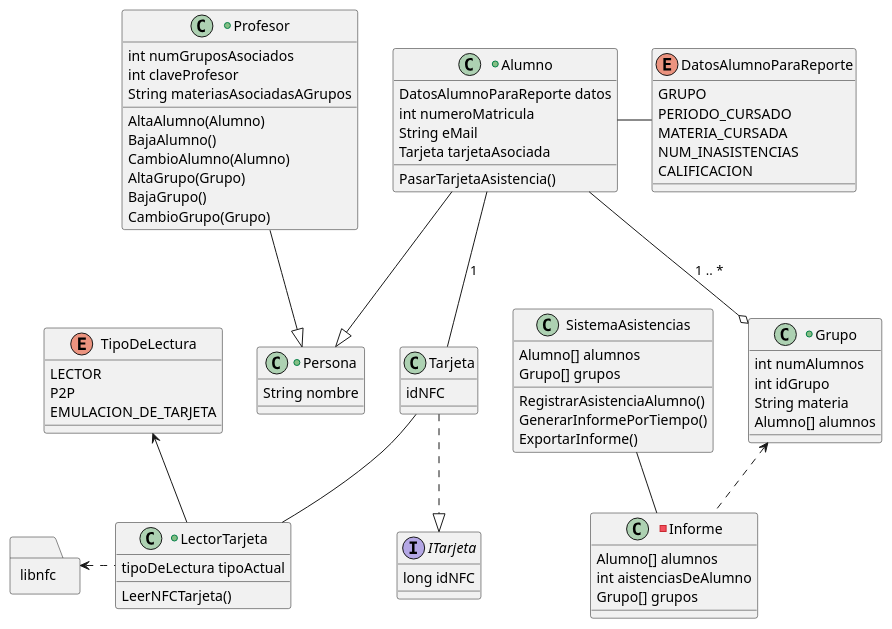
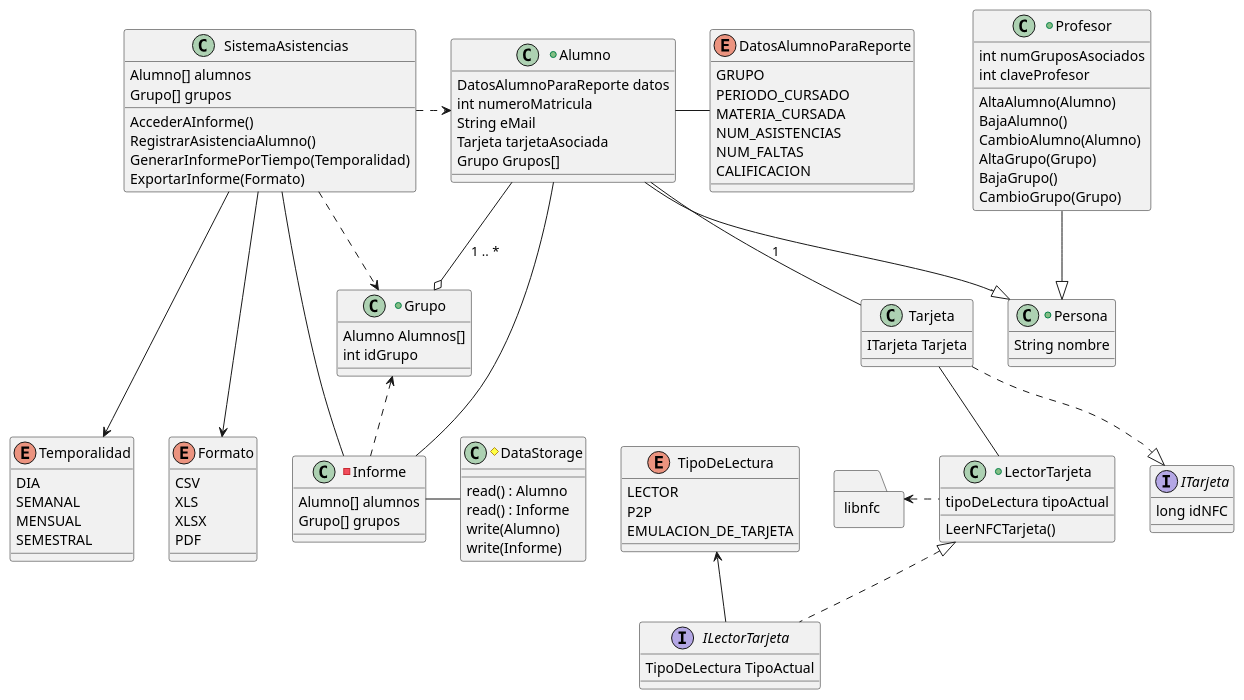
One commit to GirTabAleph/ProyectoSistemas changed the diagram in Diseño/Diseño/3.Diagrama de clases/diagramaClases.puml. Above: the diagram before and after it, drawn with PlantUML.

Commit message:
Añadir DataStorage y relaciones faltantes a diagramaClases.puml

```diff
--- a/Diseño/Diseño/3.Diagrama de clases/diagramaClases.puml
+++ b/Diseño/Diseño/3.Diagrama de clases/diagramaClases.puml
@@ -1,143 +1,186 @@
 @startuml
 'Este archivo contiene en texto plano el código necesario para generar el diagrama de clases del sistema.
 
 
 'Modificaciones: Se incluyó a libnfc dentro del diagrama.
 
 'Un módulo para raspberry pi tiene estos tres modos. Los tomaremos como referencia.
 enum TipoDeLectura{
 
 LECTOR
 P2P
 EMULACION_DE_TARJETA
 
 }
 
+enum Temporalidad{
+DIA
+SEMANAL
+MENSUAL
+SEMESTRAL
+}
+
+enum Formato{
+CSV
+XLS
+XLSX
+PDF
+
+}
+
 enum DatosAlumnoParaReporte{
 
 GRUPO
 PERIODO_CURSADO
 MATERIA_CURSADA
-NUM_INASISTENCIAS
+NUM_ASISTENCIAS
+NUM_FALTAS
 CALIFICACION
+
+}
+
+interface ILectorTarjeta{
+
+TipoDeLectura TipoActual
 
 }
 
 interface ITarjeta{
 
 long idNFC
 
 }
 
 'Dado que libnfc es una biblioteca ya existente, el paquete es el mejor elemento que se le ajusta.
 'Para efectos prácticos basta con dejar solo el nombre de la biblioteca.
 package libnfc <<folder>>{
 
 
 }
 
 'Esta clase técnicamente es protegida porque solo ciertas clases pueden acceder a ella, no todas las clases deben accederla.
 class Tarjeta{ 
 
-idNFC
+ITarjeta Tarjeta
+
 
 }
+
+#class DataStorage{
+
+'Toda esta clase es únicamente de métodos.
+read() : Alumno
+read() : Informe
+write(Alumno)
+write(Informe)
+
+}
+
+
 
 +class LectorTarjeta{
 
 tipoDeLectura tipoActual
 
 'Métodos.
 LeerNFCTarjeta()
 
 }
 
 +class Persona{
 
 String nombre
 
 }
 
 +class Alumno{
 
 DatosAlumnoParaReporte datos
 int numeroMatricula
 String eMail
 Tarjeta tarjetaAsociada
+Grupo Grupos[]
 
 'Métodos.
-PasarTarjetaAsistencia()
+
 
 } 
 
 +class Profesor{
 
 int numGruposAsociados
 int claveProfesor
-String materiasAsociadasAGrupos
 
 'Métodos.
 AltaAlumno(Alumno)
 BajaAlumno()
 CambioAlumno(Alumno)
 AltaGrupo(Grupo)
 BajaGrupo()
 CambioGrupo(Grupo)
 
 }
 
 +class Grupo{
 
-int numAlumnos
+Alumno Alumnos[]
 int idGrupo
-String materia
-Alumno[] alumnos
 
 }
 
 class SistemaAsistencias{
 
 Alumno[] alumnos
 Grupo[] grupos
 
 'Métodos.
+AccederAInforme()
 RegistrarAsistenciaAlumno()
-GenerarInformePorTiempo()
-ExportarInforme()
+GenerarInformePorTiempo(Temporalidad)
+ExportarInforme(Formato)
 
 }
 
 'Privado porque solo el profesor interactúa con él.
 -class Informe{
 
 Alumno[] alumnos
-int aistenciasDeAlumno
 Grupo[] grupos
+
 
 }
 
 'Relaciones.
-TipoDeLectura <-- LectorTarjeta
+TipoDeLectura <-- ILectorTarjeta
 
 Tarjeta ..|> ITarjeta
+LectorTarjeta <|.. ILectorTarjeta
 
 
 'Para este sistema un alumno solo puede tener una tarjeta a menos que deba hacer el reemplazo.
 Alumno -- Tarjeta: 1
 
 Alumno - DatosAlumnoParaReporte
 
 Tarjeta -- LectorTarjeta
 
 Profesor --|> Persona
 Alumno --|> Persona
 
 'Un cambio en la clase grupo afecta a la clase reporte, por eso es una dependencia.
 Grupo <.. Informe
 
 Alumno --o Grupo: 1 .. *
 
 libnfc <. LectorTarjeta
 
+SistemaAsistencias ---> Temporalidad
+SistemaAsistencias ---> Formato
+
+SistemaAsistencias .> Alumno
+SistemaAsistencias .> Grupo
 SistemaAsistencias -- Informe
+
+Informe - DataStorage
+Informe - Alumno
 @enduml
```
